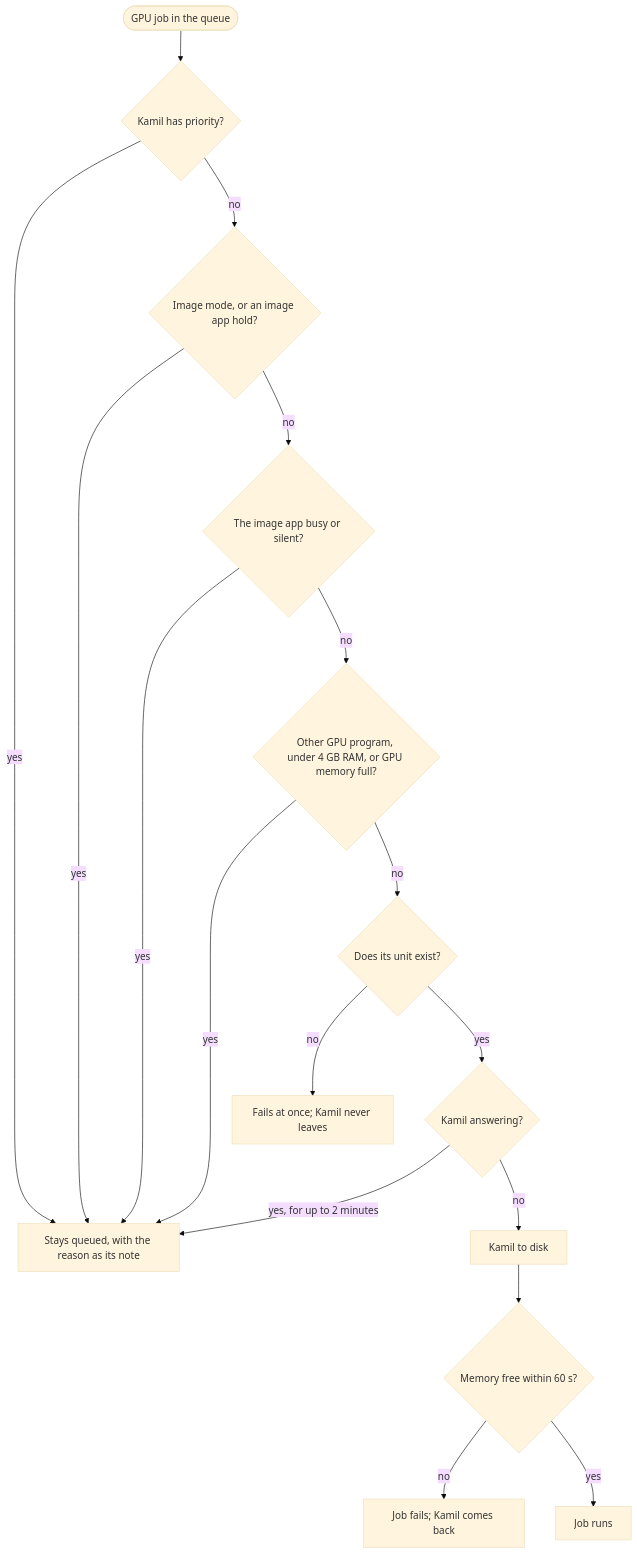
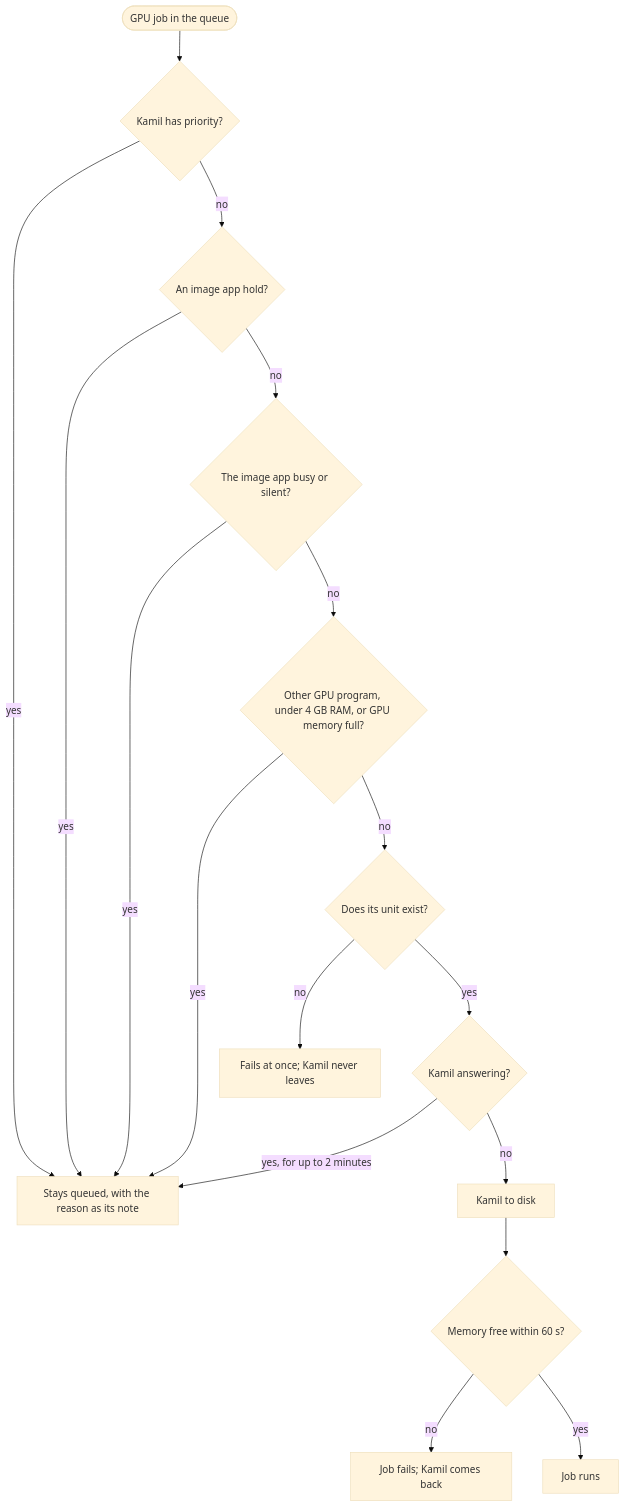
The third of 3 diagrams in README.md (KaramelliSundae/aziz-the-manager), drawn with Mermaid (base theme) before and after one commit. The commit also changed other lines of this file and 11 other files, not shown here.

````diff
--- a/README.md
+++ b/README.md
@@ -42,19 +52,19 @@
 ```mermaid
 flowchart TD
     start([GPU job in the queue]) --> pri{Kamil has priority?}
     pri -- yes --> wait[Stays queued, with the reason as its note]
-    pri -- no --> img{Image mode, or an image app hold?}
+    pri -- no --> img{An image app hold?}
     img -- yes --> wait
     img -- no --> try{The image app busy or silent?}
     try -- yes --> wait
     try -- no --> other{Other GPU program, under 4 GB RAM, or GPU memory full?}
     other -- yes --> wait
     other -- no --> unit{Does its unit exist?}
     unit -- no --> fail[Fails at once; Kamil never leaves]
     unit -- yes --> answer{Kamil answering?}
     answer -- "yes, for up to 2 minutes" --> wait
     answer -- no --> disk[Kamil to disk]
     disk --> free{Memory free within 60 s?}
     free -- no --> fail2[Job fails; Kamil comes back]
     free -- yes --> run[Job runs]
 ```
````
